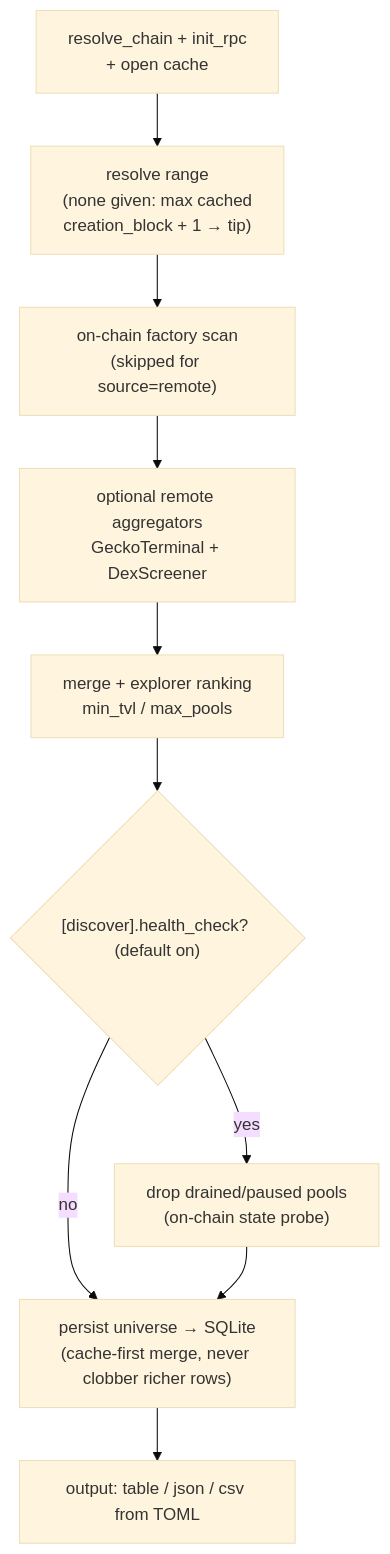
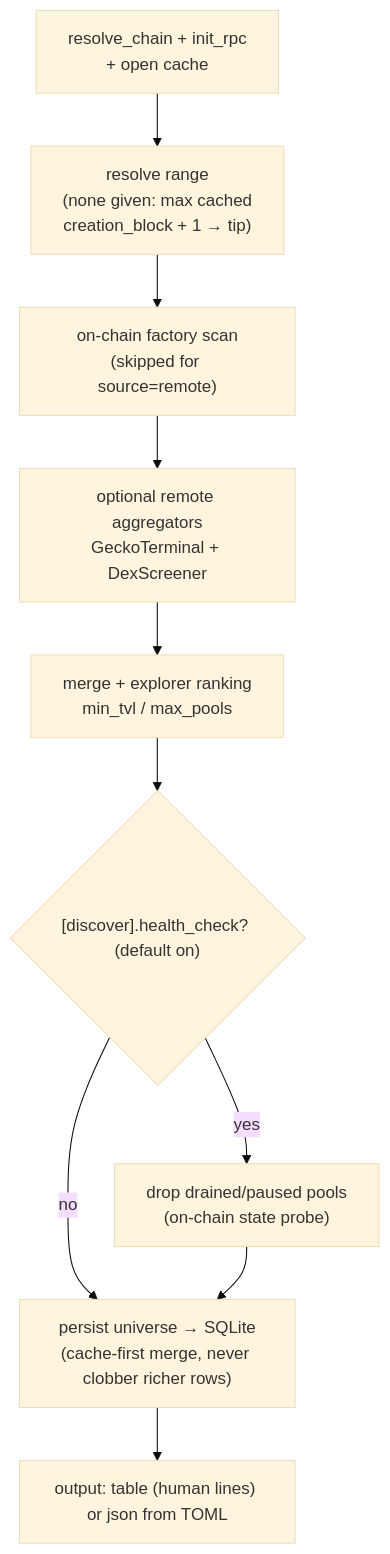
One commit to moha-moradi/mev-scout changed the fourth of 9 diagrams in docs/CLI.md. Above: the diagram before and after it, drawn with Mermaid (base theme). The commit also changed other lines of this file and 2 other files, not shown here.

First line of the commit message:
docs: update architecture and CLI docs for explorer dashboard and bootstrap flow

````diff
--- a/docs/CLI.md
+++ b/docs/CLI.md
@@ -282,12 +291,12 @@
 ```mermaid
 flowchart TB
     A["resolve_chain + init_rpc<br/>+ open cache"] --> C["resolve range<br/>(none given: max cached<br/>creation_block + 1 → tip)"]
     C --> F["on-chain factory scan<br/>(skipped for source=remote)"]
     F --> R["optional remote aggregators<br/>GeckoTerminal + DexScreener"]
     R --> K["merge + explorer ranking<br/>min_tvl / max_pools"]
     K --> Q{"[discover].health_check? (default on)"}
     Q -- yes --> P["drop drained/paused pools<br/>(on-chain state probe)"]
     Q -- no --> T
     P --> T["persist universe → SQLite<br/>(cache-first merge, never clobber richer rows)"]
-    T --> U["output: table / json / csv from TOML"]
+    T --> U["output: table (human lines) or json from TOML"]
 ```
````
